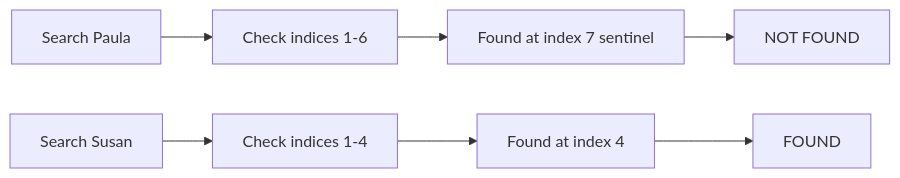
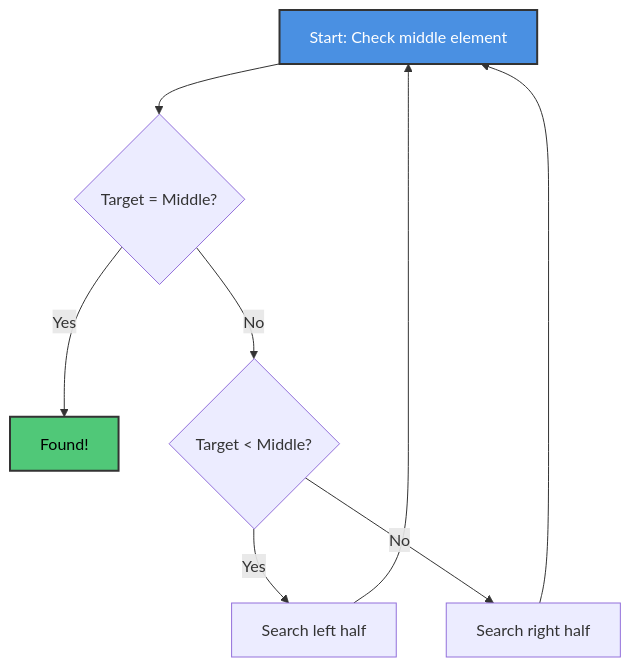
One commit to M-F-Tushar/CSE-2101-Data-Structure changed the ninth of 15 diagrams in Chapter 4 - Arrays, Records and Pointers/README.md. Above: the diagram before and after it, drawn with Mermaid. The commit also changed other lines of this file, not shown here.

````diff
--- a/Chapter 4 - Arrays, Records and Pointers/README.md
+++ b/Chapter 4 - Arrays, Records and Pointers/README.md
@@ -966,10 +666,13 @@
 ```mermaid
-graph LR
-    A[Search Paula] --> B[Check indices 1-6]
-    B --> C[Found at index 7 sentinel]
-    C --> D[NOT FOUND]
+graph TD
+    A[Start: Check middle element] --> B{Target = Middle?}
+    B -->|Yes| C[Found!]
+    B -->|No| D{Target < Middle?}
+    D -->|Yes| E[Search left half]
+    D -->|No| F[Search right half]
+    E --> A
+    F --> A
     
-    E[Search Susan] --> F[Check indices 1-4]
-    F --> G[Found at index 4]
-    G --> H[FOUND]
+    style C fill:#50C878,stroke:#333,stroke-width:2px,color:#000
+    style A fill:#4A90E2,stroke:#333,stroke-width:2px,color:#fff
 ```
````
